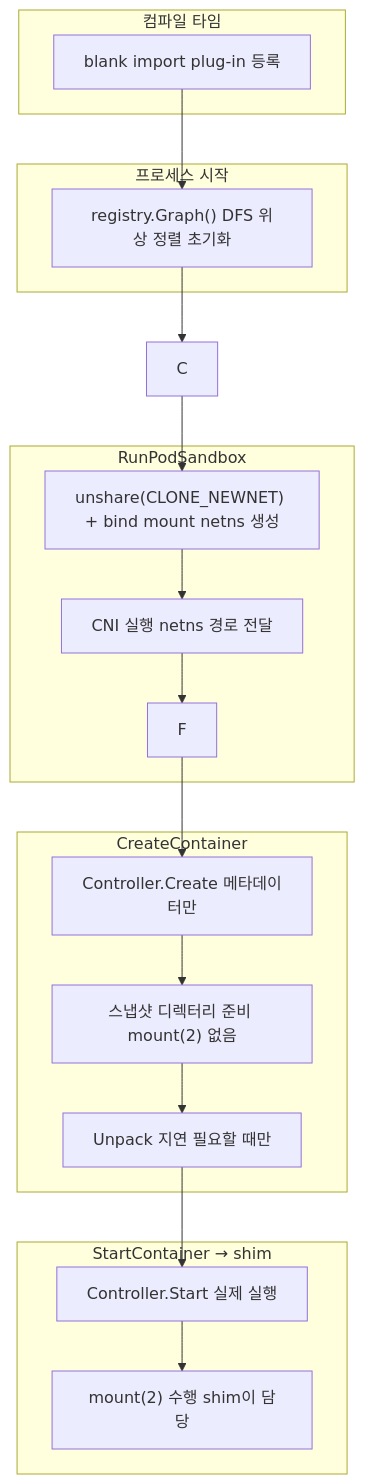
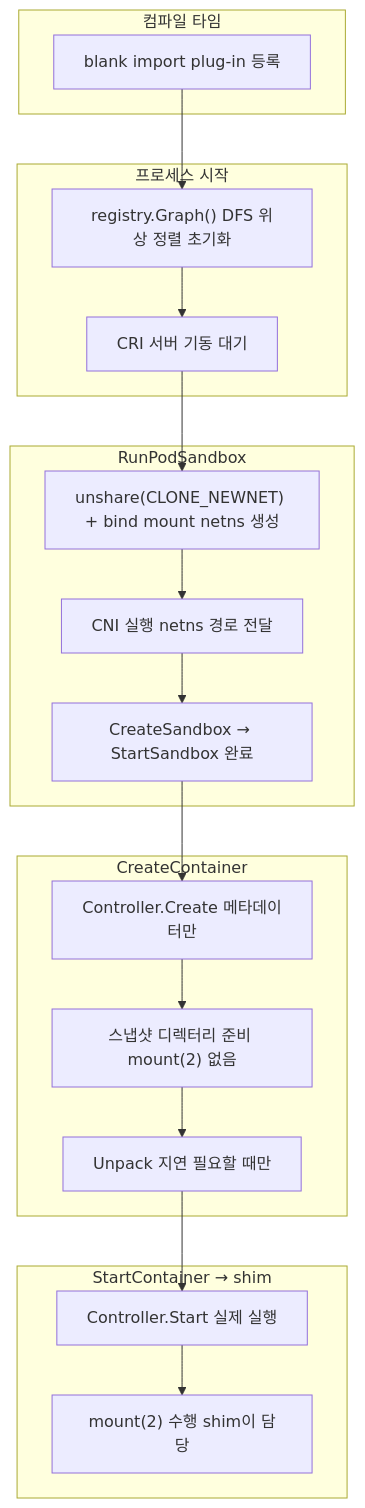
One commit to atgane/atgane.github.io changed the diagram in _posts/2026-03-31-kubelet-cri6.md. Above: the diagram before and after it, drawn with Mermaid.

Commit message:
Add flowchart updates to illustrate CRI server initialization and sandbox creation process

````diff
--- a/_posts/2026-03-31-kubelet-cri6.md
+++ b/_posts/2026-03-31-kubelet-cri6.md
@@ -116,34 +116,36 @@
 ```mermaid
 flowchart TD
     subgraph "컴파일 타임"
         A["blank import plug-in 등록"]
     end
 
     subgraph "프로세스 시작"
         B["registry.Graph() DFS 위상 정렬 초기화"]
+        C["CRI 서버 기동 대기"]
     end
 
     subgraph "RunPodSandbox"
         D["unshare(CLONE_NEWNET) + bind mount netns 생성"]
         E["CNI 실행 netns 경로 전달"]
+        F["CreateSandbox → StartSandbox 완료"]
         D --> E --> F
     end
 
     subgraph "CreateContainer"
         G["Controller.Create 메타데이터만"]
         H["스냅샷 디렉터리 준비 mount(2) 없음"]
         I["Unpack 지연 필요할 때만"]
         G --> H --> I
     end
 
     subgraph "StartContainer → shim"
         J["Controller.Start 실제 실행"]
         K["mount(2) 수행 shim이 담당"]
         J --> K
     end
 
     A --> B --> C
     C --> D
     F --> G
     I --> J
 ```
````
